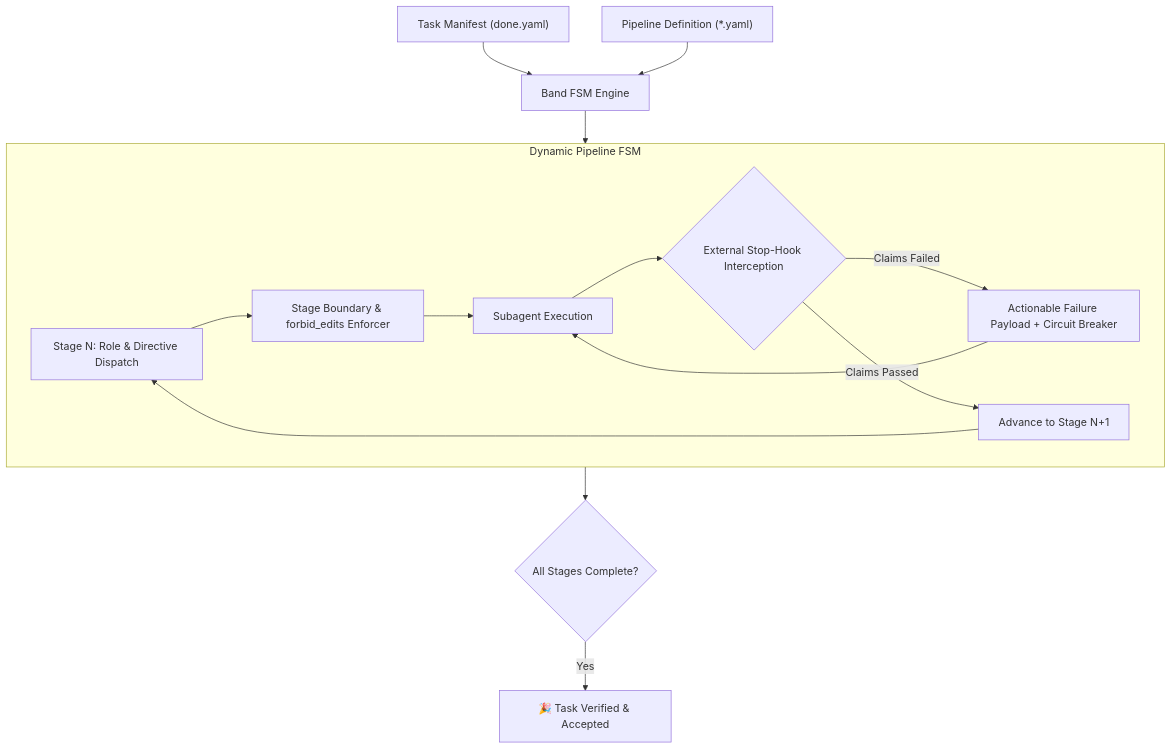
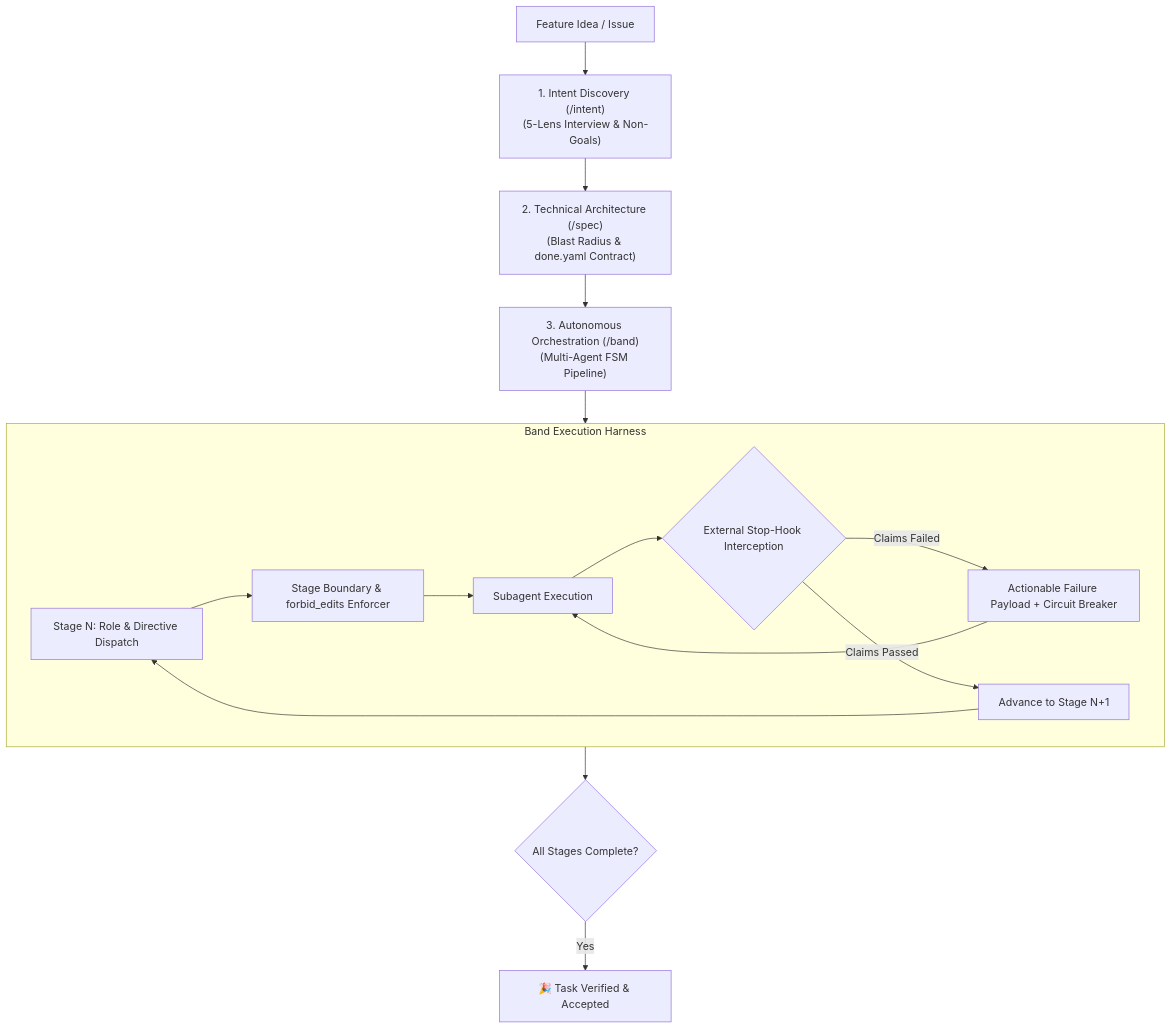
Before and after one commit to jiva-studio/band: the diagram in README.md, drawn with Mermaid. The commit also changed other lines of this file and 5 other files, not shown here.

Commit message:
feat(lifecycle): add 3-step autonomous lifecycle (/intent -> /spec -> /band), intent validation, and flat module structure

````diff
--- a/README.md
+++ b/README.md
@@ -7,19 +7,23 @@
 ```mermaid
 flowchart TD
-    TaskSpec["Task Manifest (done.yaml)"] --> FSM["Band FSM Engine"]
-    PipelineDef["Pipeline Definition (*.yaml)"] --> FSM
+    UserReq["Feature Idea / Issue"] --> Intent["1. Intent Discovery (/intent)
+(5-Lens Interview & Non-Goals)"]
+    Intent --> Spec["2. Technical Architecture (/spec)
+(Blast Radius & done.yaml Contract)"]
+    Spec --> Band["3. Autonomous Orchestration (/band)
+(Multi-Agent FSM Pipeline)"]
 
-    subgraph FSM_Loop["Dynamic Pipeline FSM"]
+    subgraph FSM_Loop["Band Execution Harness"]
         StageInit["Stage N: Role & Directive Dispatch"] --> Sandbox["Stage Boundary & forbid_edits Enforcer"]
         Sandbox --> AgentExec["Subagent Execution"]
         AgentExec --> StopHook{"External Stop-Hook Interception"}
         StopHook -- "Claims Failed" --> FailureFeedback["Actionable Failure Payload + Circuit Breaker"]
         FailureFeedback --> AgentExec
         StopHook -- "Claims Passed" --> Advance["Advance to Stage N+1"]
         Advance --> StageInit
     end
 
-    FSM --> FSM_Loop
+    Band --> FSM_Loop
     FSM_Loop --> TerminalGate{"All Stages Complete?"}
     TerminalGate -- Yes --> Verified["🎉 Task Verified & Accepted"]
 ```
````
